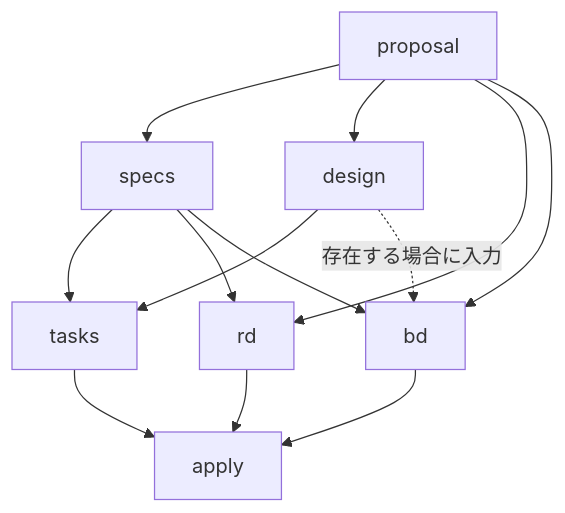
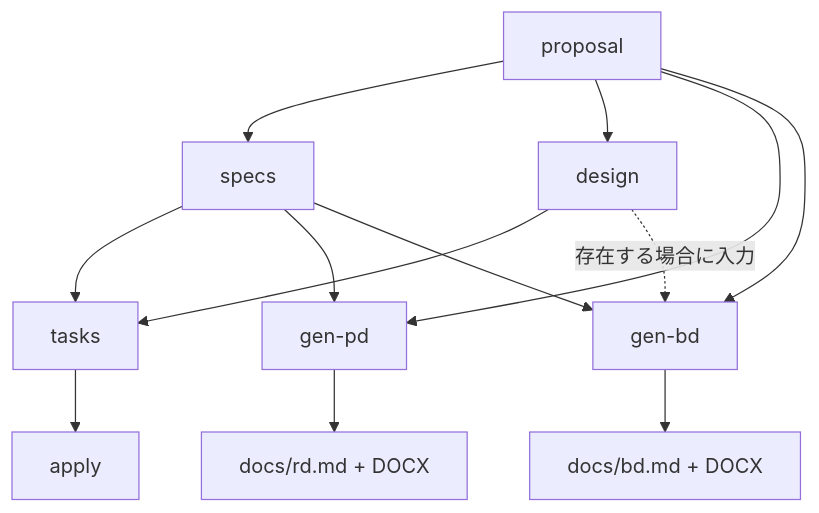
The diagram in docs/references/MySDD-Spec.md (k5-mot/SETUP.md), drawn with Mermaid before and after one commit. The commit also changed other lines of this file and 21 other files, not shown here.

````diff
--- a/docs/references/MySDD-Spec.md
+++ b/docs/references/MySDD-Spec.md
@@ -116,15 +125,15 @@
 ```mermaid
 flowchart TD
     proposal[proposal] --> specs[specs]
     proposal --> design[design]
     specs --> tasks[tasks]
     design --> tasks
-    proposal --> rd[rd]
-    specs --> rd
-    proposal --> bd[bd]
-    specs --> bd
-    design -. "存在する場合に入力" .-> bd
     tasks --> apply[apply]
-    rd --> apply
-    bd --> apply
+    proposal --> genpd[gen-pd]
+    specs --> genpd
+    genpd --> rd[docs/rd.md + DOCX]
+    proposal --> genbd[gen-bd]
+    specs --> genbd
+    design -. "存在する場合に入力" .-> genbd
+    genbd --> bd[docs/bd.md + DOCX]
 ```
````
